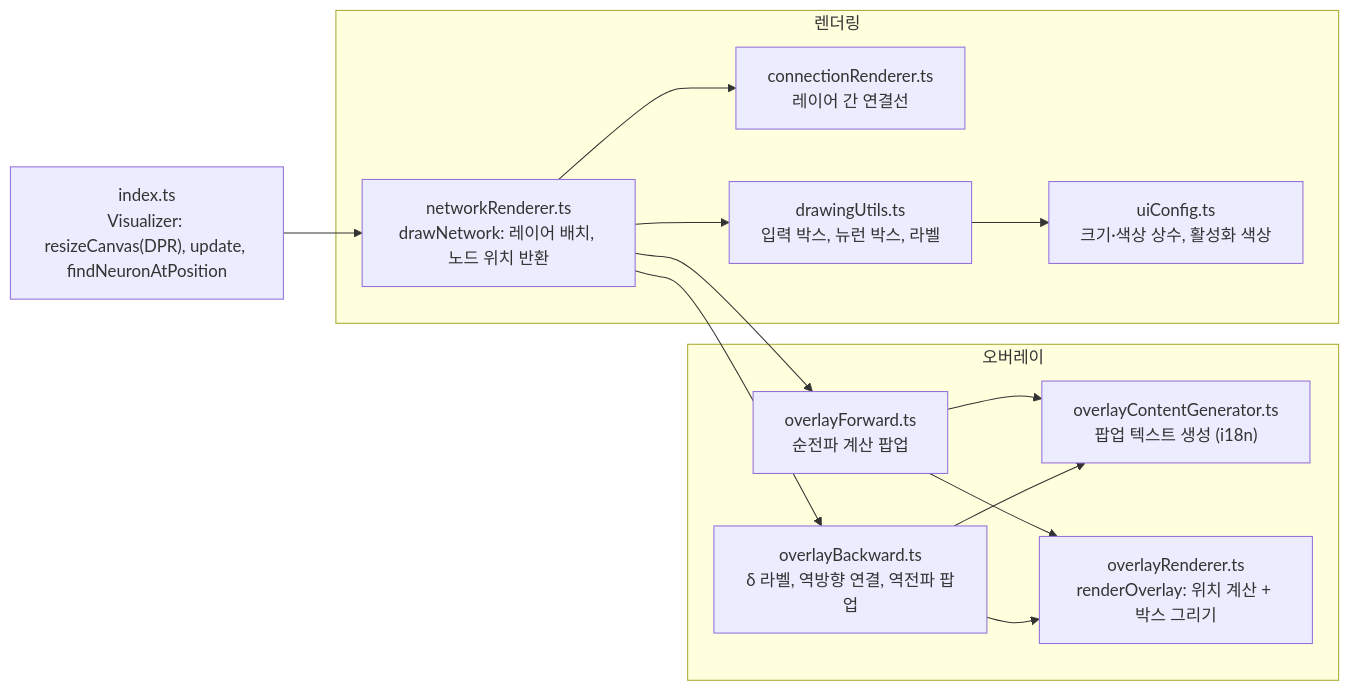
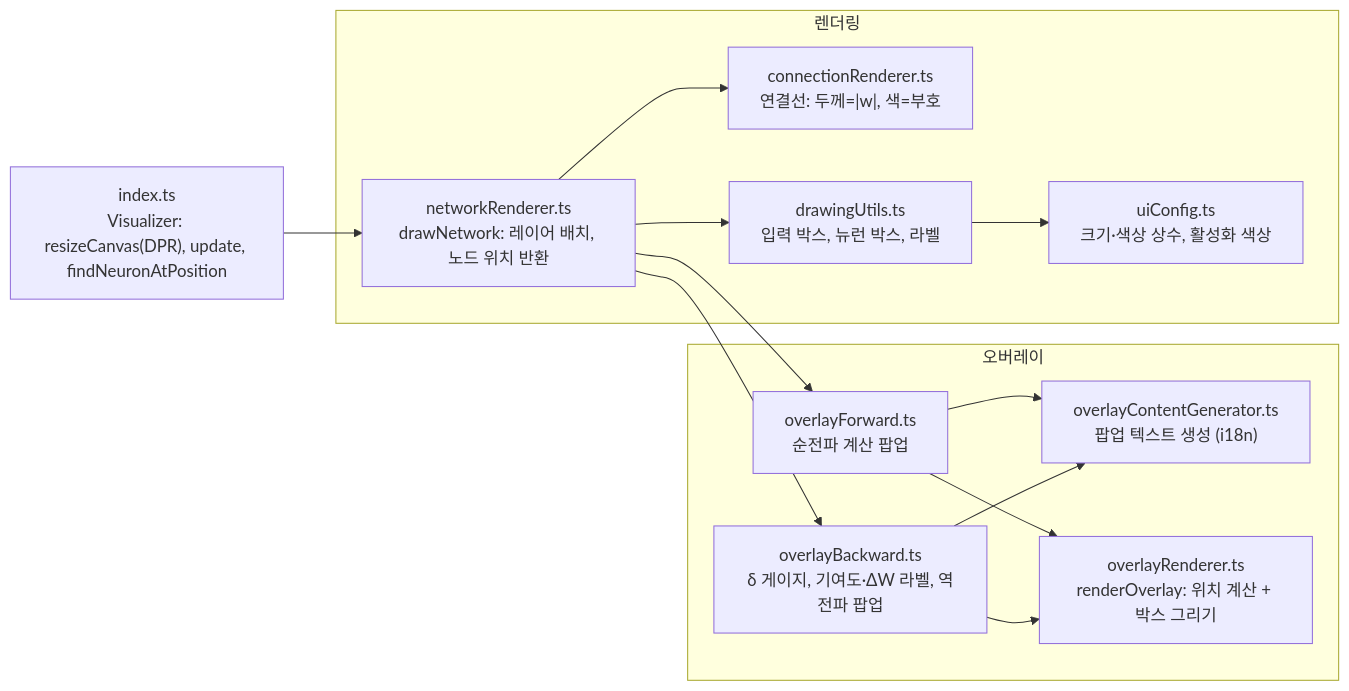
One commit to ofcbj/nn-book changed the second of 4 diagrams in doc/code_architecture.md. Above: the diagram before and after it, drawn with Mermaid. The commit also changed other lines of this file and 30 other files, not shown here.

````diff
--- a/doc/code_architecture.md
+++ b/doc/code_architecture.md
@@ -172,29 +179,29 @@
 ```mermaid
 flowchart LR
     Vis["index.ts<br/>Visualizer: resizeCanvas(DPR), update, findNeuronAtPosition"]
 
     subgraph Rendering["렌더링"]
         Net["networkRenderer.ts<br/>drawNetwork: 레이어 배치, 노드 위치 반환"]
-        Conn["connectionRenderer.ts<br/>레이어 간 연결선"]
+        Conn["connectionRenderer.ts<br/>연결선: 두께=|w|, 색=부호"]
         Draw["drawingUtils.ts<br/>입력 박스, 뉴런 박스, 라벨"]
         Ui["uiConfig.ts<br/>크기·색상 상수, 활성화 색상"]
     end
 
     subgraph Overlay["오버레이"]
         F["overlayForward.ts<br/>순전파 계산 팝업"]
-        B["overlayBackward.ts<br/>δ 라벨, 역방향 연결, 역전파 팝업"]
+        B["overlayBackward.ts<br/>δ 게이지, 기여도·ΔW 라벨, 역전파 팝업"]
         Content["overlayContentGenerator.ts<br/>팝업 텍스트 생성 (i18n)"]
         Render["overlayRenderer.ts<br/>renderOverlay: 위치 계산 + 박스 그리기"]
     end
 
     Vis --> Net
     Net --> Conn
     Net --> Draw
     Net --> F
     Net --> B
     Draw --> Ui
     F --> Content
     F --> Render
     B --> Content
     B --> Render
 ```
````
